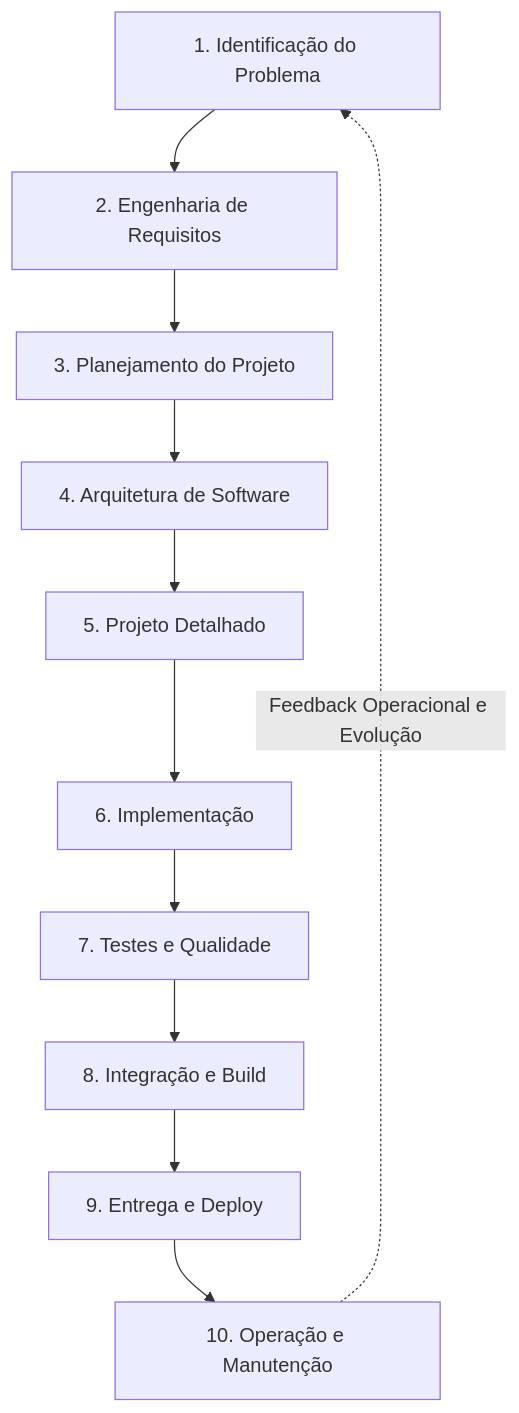
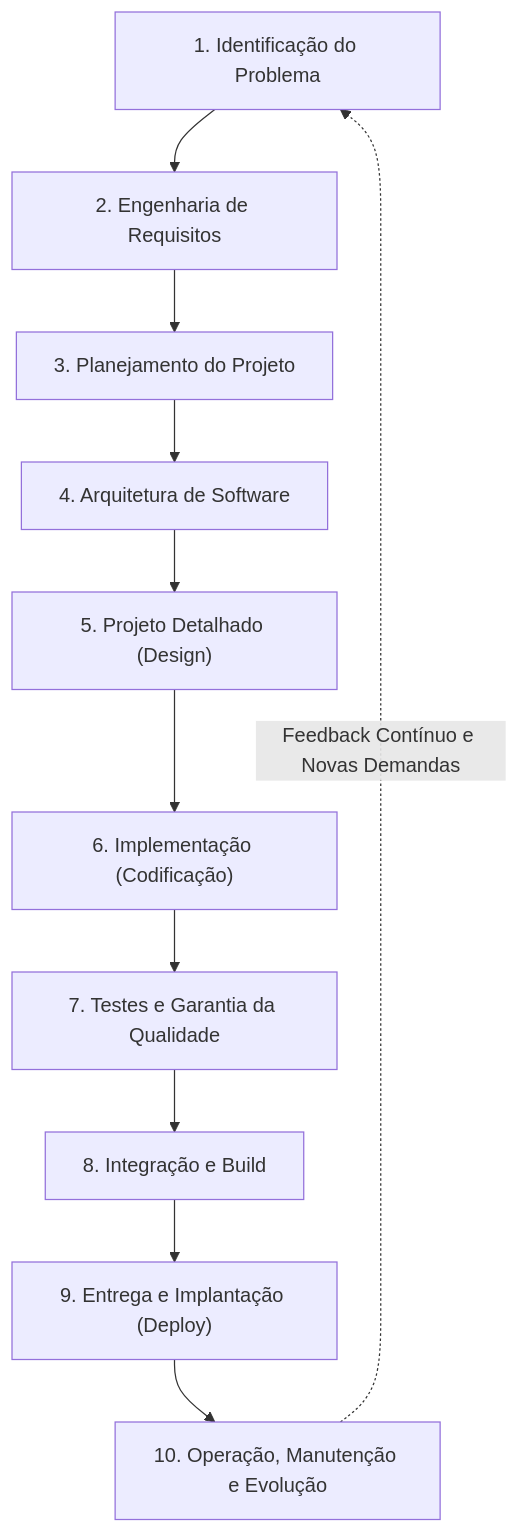
One commit to murilolol/unifef changed the third of 32 diagrams in 4º Semestre/[Prof. Wesley Soares] Engenharia de Software II/Resumos-IA/Simulados-Comentados.md. Above: the diagram before and after it, drawn with Mermaid. The commit also changed other lines of this file and 18 other files, not shown here.

````diff
--- a/4º Semestre/[Prof. Wesley Soares] Engenharia de Software II/Resumos-IA/Simulados-Comentados.md
+++ b/4º Semestre/[Prof. Wesley Soares] Engenharia de Software II/Resumos-IA/Simulados-Comentados.md
@@ -222,13 +223,13 @@
 ```mermaid
 flowchart TD
-    F1["1. Identificação do Problema"] --> F2["2. Engenharia de Requisitos"]
-    F2 --> F3["3. Planejamento do Projeto"]
-    F3 --> F4["4. Arquitetura de Software"]
-    F4 --> F5["5. Projeto Detalhado"]
-    F5 --> F6["6. Implementação"]
-    F6 --> F7["7. Testes e Qualidade"]
-    F7 --> F8["8. Integração e Build"]
-    F8 --> F9["9. Entrega e Deploy"]
-    F9 --> F10["10. Operação e Manutenção"]
-    F10 -.->|"Feedback Operacional e Evolução"| F1
+ F1["1. Identificação do Problema"] --> F2["2. Engenharia de Requisitos"]
+ F2 --> F3["3. Planejamento do Projeto"]
+ F3 --> F4["4. Arquitetura de Software"]
+ F4 --> F5["5. Projeto Detalhado (Design)"]
+ F5 --> F6["6. Implementação (Codificação)"]
+ F6 --> F7["7. Testes e Garantia da Qualidade"]
+ F7 --> F8["8. Integração e Build"]
+ F8 --> F9["9. Entrega e Implantação (Deploy)"]
+ F9 --> F10["10. Operação, Manutenção e Evolução"]
+ F10 -.->|"Feedback Contínuo e Novas Demandas"| F1
 ```
````
